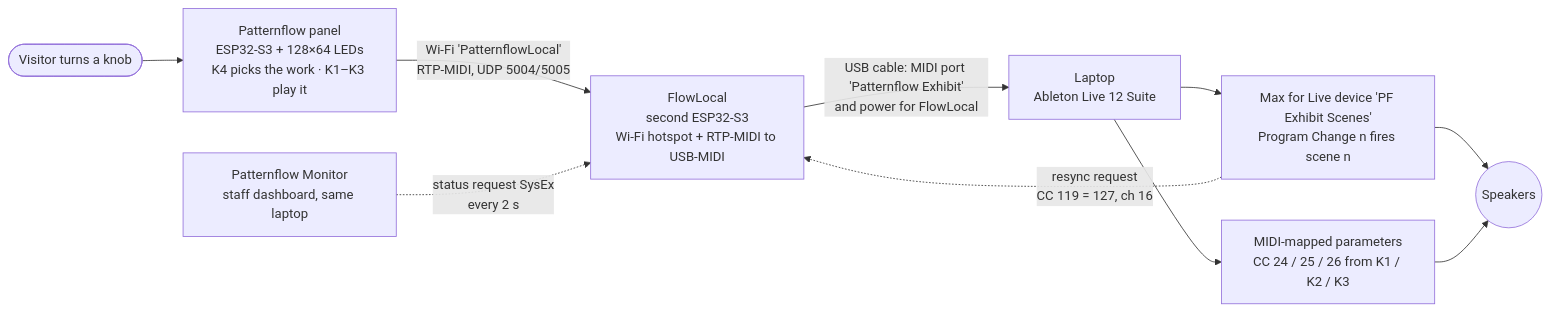
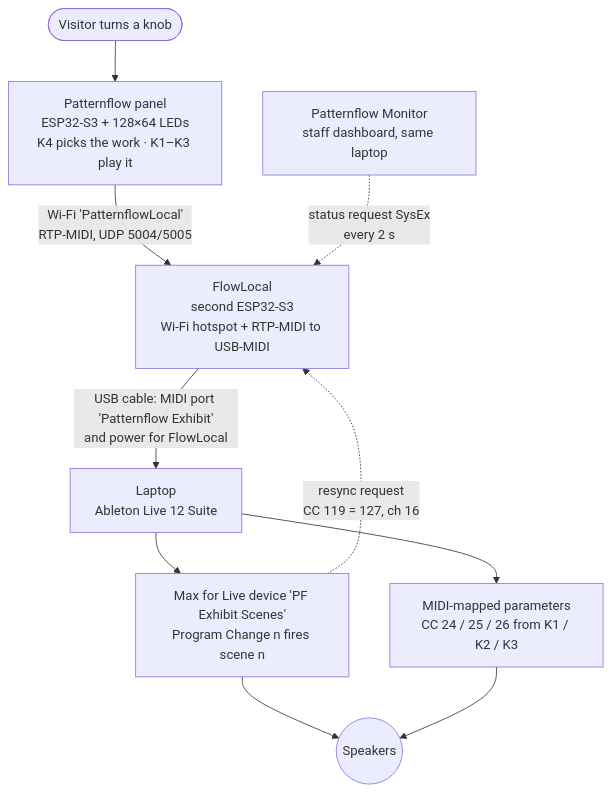
One commit to engmung/patternflow-exhibition-2026 changed the diagram in README.md. Above: the diagram before and after it, drawn with Mermaid. The commit also changed 2 other files, not shown here.

Commit message:
CREDITS.md · LICENSE.md · 신호 그림을 위에서 아래로
Claude-Session: https://claude.ai/code/session_018svN6XrZWCcLMZYVegTsdK

````diff
--- a/README.md
+++ b/README.md
@@ -37,19 +37,19 @@
 ```mermaid
-flowchart LR
+flowchart TB
     V(["Visitor turns a knob"]) --> P
     P["Patternflow panel<br/>ESP32-S3 + 128×64 LEDs<br/>K4 picks the work · K1–K3 play it"]
     F["FlowLocal<br/>second ESP32-S3<br/>Wi-Fi hotspot + RTP-MIDI to USB-MIDI"]
     L["Laptop<br/>Ableton Live 12 Suite"]
     D["Max for Live device 'PF Exhibit Scenes'<br/>Program Change n fires scene n"]
     M["MIDI-mapped parameters<br/>CC 24 / 25 / 26 from K1 / K2 / K3"]
     S(("Speakers"))
     W["Patternflow Monitor<br/>staff dashboard, same laptop"]
     P -- "Wi-Fi 'PatternflowLocal'<br/>RTP-MIDI, UDP 5004/5005" --> F
     F -- "USB cable: MIDI port 'Patternflow Exhibit'<br/>and power for FlowLocal" --> L
     L --> D
     L --> M
     D --> S
     M --> S
     D -. "resync request<br/>CC 119 = 127, ch 16" .-> F
     W -. "status request SysEx<br/>every 2 s" .-> F
 ```
````
